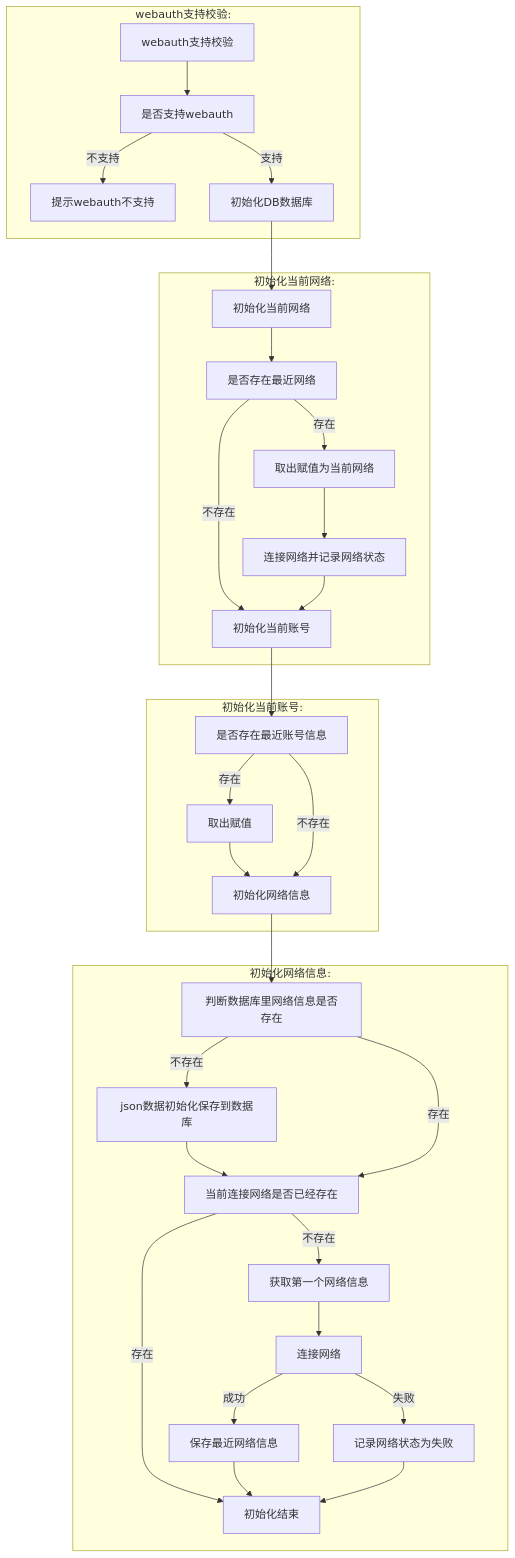
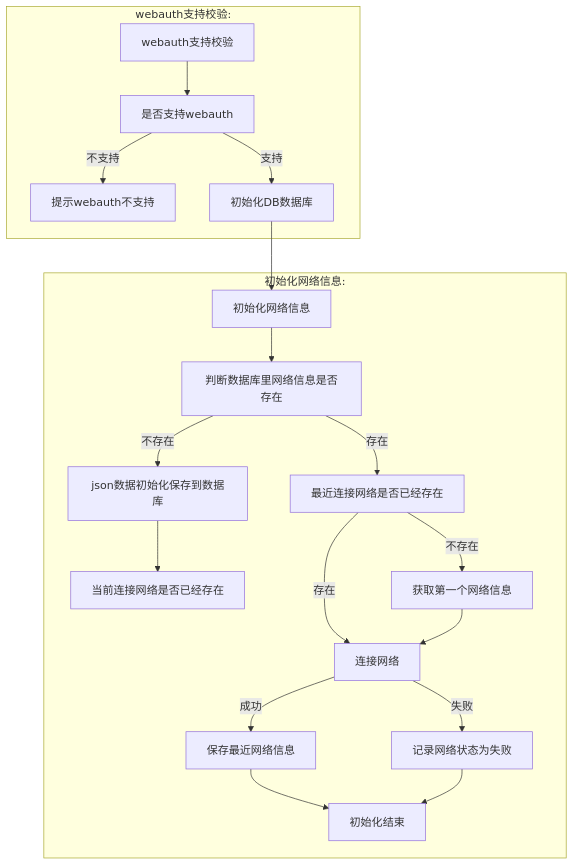
Before and after one commit to dcnetio/dclogin: the first of 4 diagrams in wallet.md, drawn with Mermaid.

Commit message:
流程调整

````diff
--- a/wallet.md
+++ b/wallet.md
@@ -2,34 +2,22 @@
 ```mermaid
 graph TD
 webauth支持校验
 subgraph webauth支持校验:
 webauth支持校验 --> 是否支持webauth
 是否支持webauth -- 不支持 -->提示webauth不支持
 是否支持webauth -- 支持 --> 初始化DB数据库
 end
 
-初始化DB数据库 --> 初始化当前网络
-
-subgraph 初始化当前网络:
-初始化当前网络 --> 是否存在最近网络 
-是否存在最近网络 -- 不存在 --> 初始化当前账号
-是否存在最近网络 -- 存在 --> 取出赋值为当前网络 --> 连接网络并记录网络状态 --> 初始化当前账号
-end
-
-subgraph 初始化当前账号:
-初始化当前账号 --> 是否存在最近账号信息
-是否存在最近账号信息 -- 存在 --> 取出赋值 --> 初始化网络信息
-是否存在最近账号信息 -- 不存在 --> 初始化网络信息
-end
+初始化DB数据库 --> 初始化网络信息
 
 subgraph 初始化网络信息:
 初始化网络信息 --> 判断数据库里网络信息是否存在
 判断数据库里网络信息是否存在 -- 不存在 --> json数据初始化保存到数据库 --> 当前连接网络是否已经存在
-判断数据库里网络信息是否存在 -- 存在 --> 当前连接网络是否已经存在
-当前连接网络是否已经存在 -- 存在 --> 初始化结束
-当前连接网络是否已经存在 -- 不存在 --> 获取第一个网络信息 --> 连接网络
+判断数据库里网络信息是否存在 -- 存在 --> 最近连接网络是否已经存在
+最近连接网络是否已经存在 -- 存在 --> 连接网络
+最近连接网络是否已经存在 -- 不存在 --> 获取第一个网络信息 --> 连接网络
 连接网络 -- 成功 --> 保存最近网络信息 --> 初始化结束
 连接网络 -- 失败 --> 记录网络状态为失败 --> 初始化结束
 end
 
 ```
````
